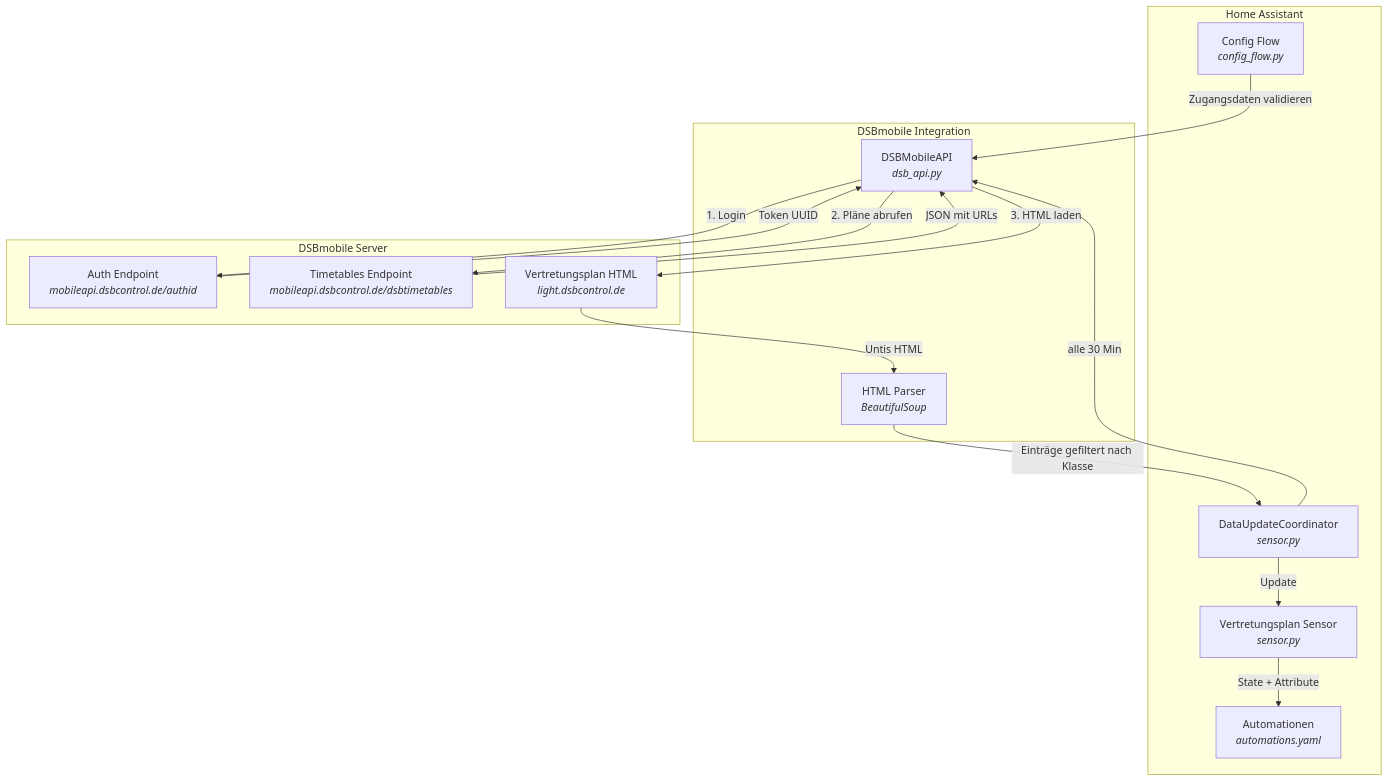
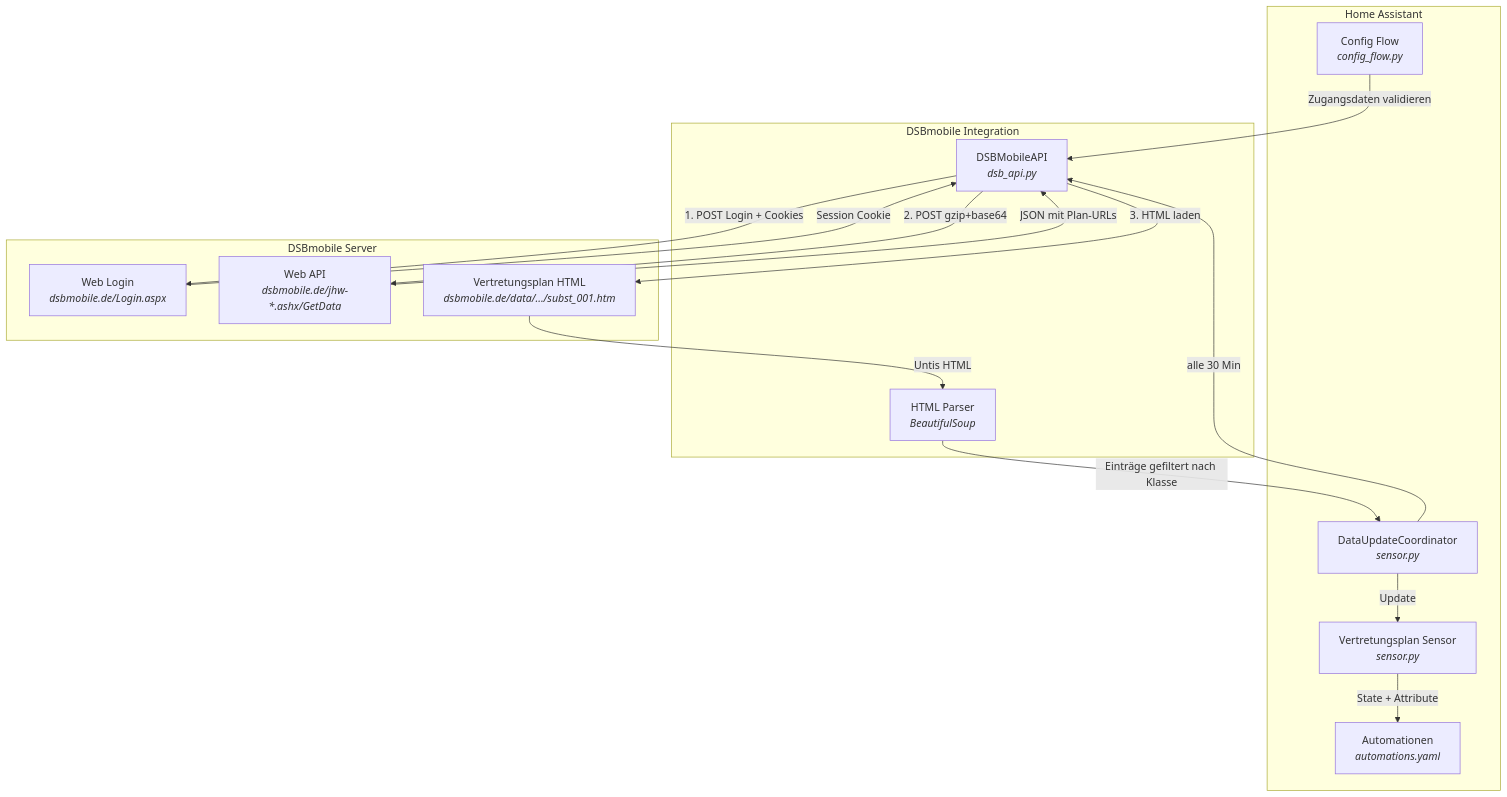
One commit to Tenner/dsbmobile changed the first of 3 diagrams in README.md. Above: the diagram before and after it, drawn with Mermaid. The commit also changed other lines of this file, not shown here.

Commit message:
docs: update README for v2.0 Web API, new diagrams, options flow, troubleshooting

````diff
--- a/README.md
+++ b/README.md
@@ -203,32 +209,32 @@
 ```mermaid
 graph TB
     subgraph Home Assistant
         CF[Config Flow<br><i>config_flow.py</i>]
         CO[DataUpdateCoordinator<br><i>sensor.py</i>]
         SE[Vertretungsplan Sensor<br><i>sensor.py</i>]
         AU[Automationen<br><i>automations.yaml</i>]
     end
 
     subgraph DSBmobile Integration
         API[DSBMobileAPI<br><i>dsb_api.py</i>]
         PA[HTML Parser<br><i>BeautifulSoup</i>]
     end
 
     subgraph DSBmobile Server
-        AUTH[Auth Endpoint<br><i>mobileapi.dsbcontrol.de/authid</i>]
-        TT[Timetables Endpoint<br><i>mobileapi.dsbcontrol.de/dsbtimetables</i>]
-        HTML[Vertretungsplan HTML<br><i>light.dsbcontrol.de</i>]
+        LOGIN[Web Login<br><i>dsbmobile.de/Login.aspx</i>]
+        WEBAPI[Web API<br><i>dsbmobile.de/jhw-*.ashx/GetData</i>]
+        HTML[Vertretungsplan HTML<br><i>dsbmobile.de/data/.../subst_001.htm</i>]
     end
 
     CF -->|Zugangsdaten validieren| API
     CO -->|alle 30 Min| API
-    API -->|1. Login| AUTH
-    AUTH -->|Token UUID| API
-    API -->|2. Pläne abrufen| TT
-    TT -->|JSON mit URLs| API
+    API -->|1. POST Login + Cookies| LOGIN
+    LOGIN -->|Session Cookie| API
+    API -->|2. POST gzip+base64| WEBAPI
+    WEBAPI -->|JSON mit Plan-URLs| API
     API -->|3. HTML laden| HTML
     HTML -->|Untis HTML| PA
     PA -->|Einträge gefiltert nach Klasse| CO
     CO -->|Update| SE
     SE -->|State + Attribute| AU
 ```
````
